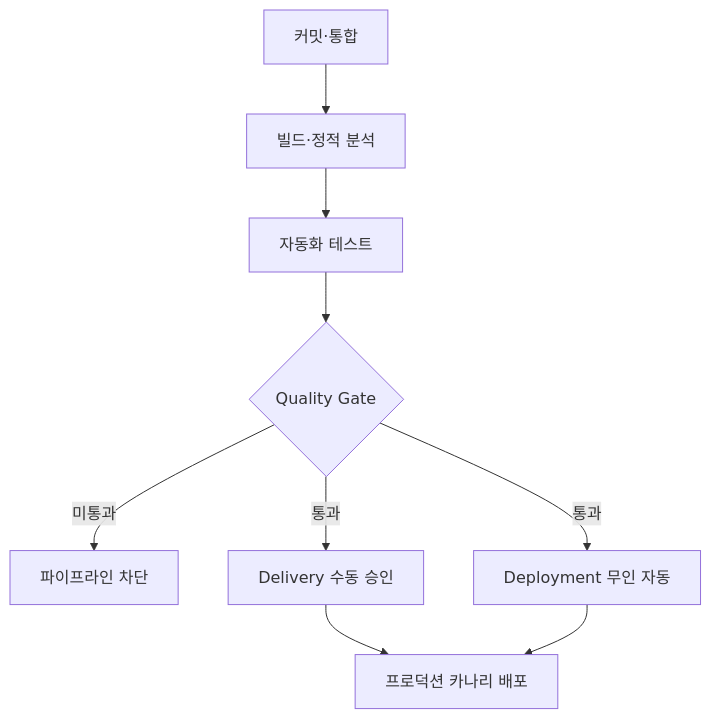
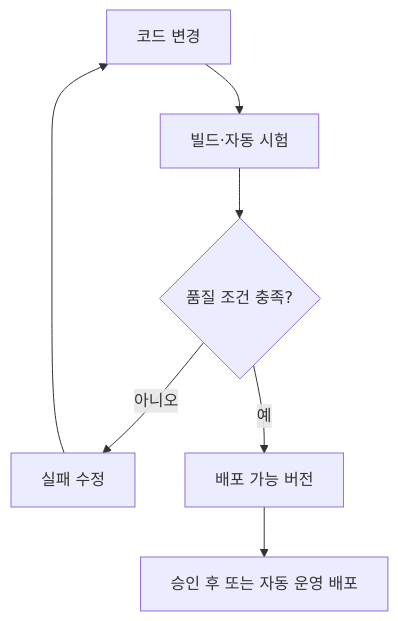
Before and after one commit to agnusdei1207/study: the first of 2 diagrams in src/content/docs/notes/itpe/02-software-engineering/095_ci_cd.md, drawn with Mermaid. The commit also changed other lines of this file and 31 other files, not shown here.

````diff
--- a/src/content/docs/notes/itpe/02-software-engineering/095_ci_cd.md
+++ b/src/content/docs/notes/itpe/02-software-engineering/095_ci_cd.md
@@ -38,9 +54,9 @@
 ```mermaid
-flowchart TB
-    C["커밋·통합"] --> B["빌드·정적 분석"] --> T["자동화 테스트"] --> G{"Quality Gate"}
-    G -->|미통과| X["파이프라인 차단"]
-    G -->|통과| D["Delivery 수동 승인"]
-    G -->|통과| E["Deployment 무인 자동"]
-    D --> P["프로덕션 카나리 배포"]
-    E --> P
+flowchart TD
+    C["코드 변경"] --> B["빌드·자동 시험"]
+    B --> G{"품질 조건 충족?"}
+    G -->|아니오| F["실패 수정"]
+    F --> C
+    G -->|예| R["배포 가능 버전"]
+    R --> P["승인 후 또는 자동 운영 배포"]
 ```
````
